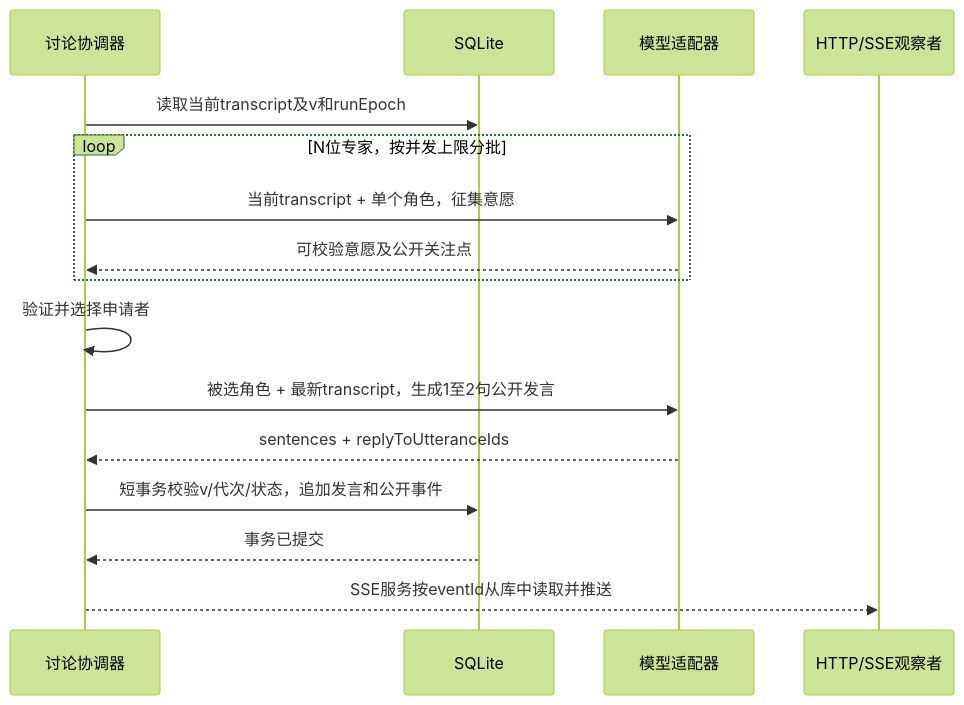
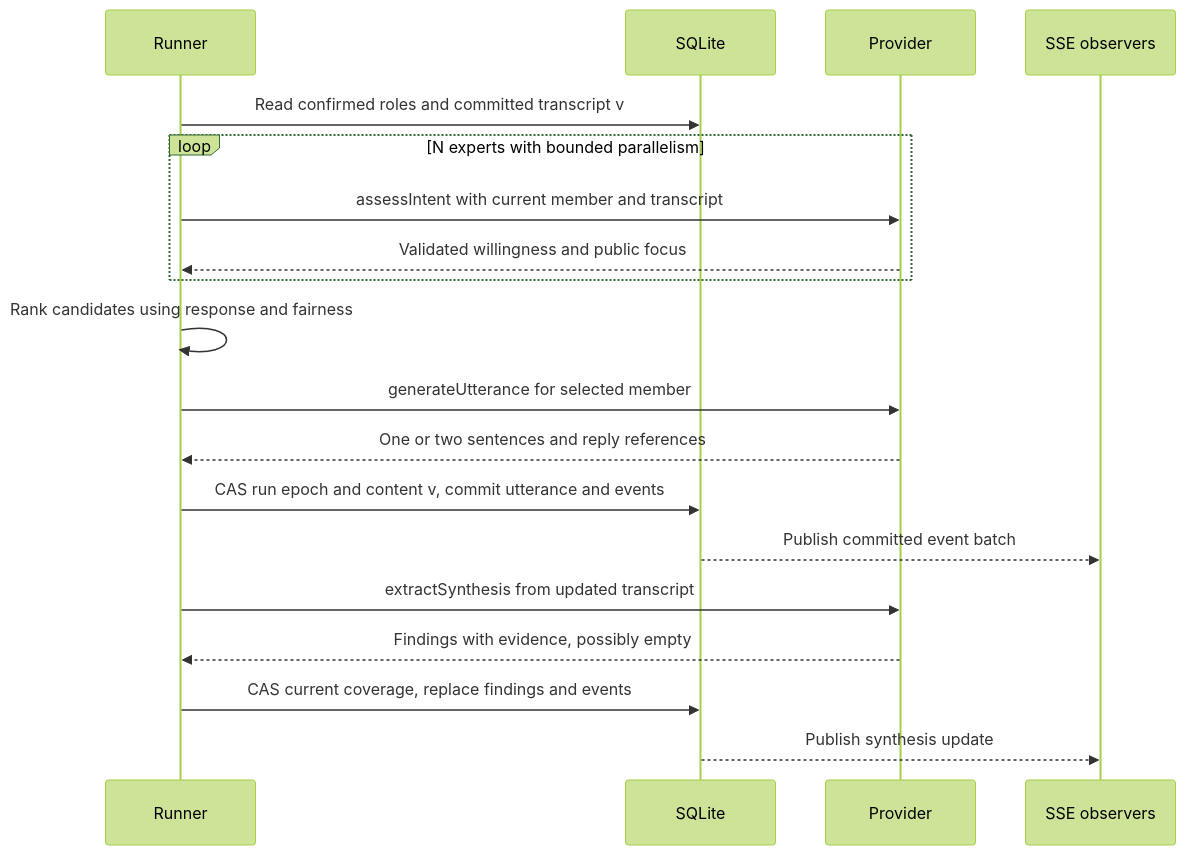
Before and after one commit to schen0690-boop/-mvp: the third of 3 diagrams in docs/architecture.md, drawn with Mermaid (forest theme). The commit also changed other lines of this file and 57 other files, not shown here.

````diff
--- a/docs/architecture.md
+++ b/docs/architecture.md
@@ -94,18 +63,21 @@
 ```mermaid
 sequenceDiagram
-  participant C as 讨论协调器
+  participant R as Runner
   participant DB as SQLite
-  participant M as 模型适配器
-  participant UI as HTTP/SSE观察者
-  C->>DB: 读取当前transcript及v和runEpoch
-  loop N位专家，按并发上限分批
-    C->>M: 当前transcript + 单个角色，征集意愿
-    M-->>C: 可校验意愿及公开关注点
+  participant P as Provider
+  participant UI as SSE observers
+  R->>DB: Read confirmed roles and committed transcript v
+  loop N experts with bounded parallelism
+    R->>P: assessIntent with current member and transcript
+    P-->>R: Validated willingness and public focus
   end
-  C->>C: 验证并选择申请者
-  C->>M: 被选角色 + 最新transcript，生成1至2句公开发言
-  M-->>C: sentences + replyToUtteranceIds
-  C->>DB: 短事务校验v/代次/状态，追加发言和公开事件
-  DB-->>C: 事务已提交
-  C-->>UI: SSE服务按eventId从库中读取并推送
+  R->>R: Rank candidates using response and fairness
+  R->>P: generateUtterance for selected member
+  P-->>R: One or two sentences and reply references
+  R->>DB: CAS run epoch and content v, commit utterance and events
+  DB-->>UI: Publish committed event batch
+  R->>P: extractSynthesis from updated transcript
+  P-->>R: Findings with evidence, possibly empty
+  R->>DB: CAS current coverage, replace findings and events
+  DB-->>UI: Publish synthesis update
 ```
````
